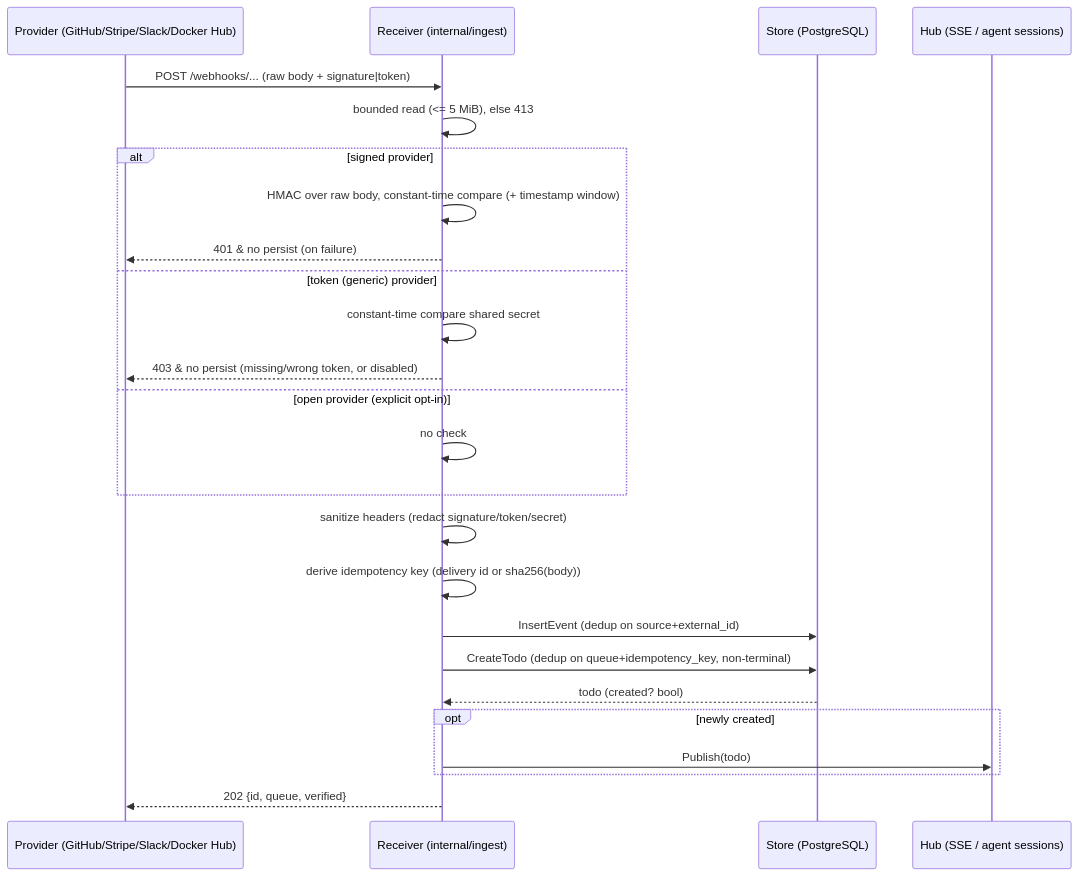
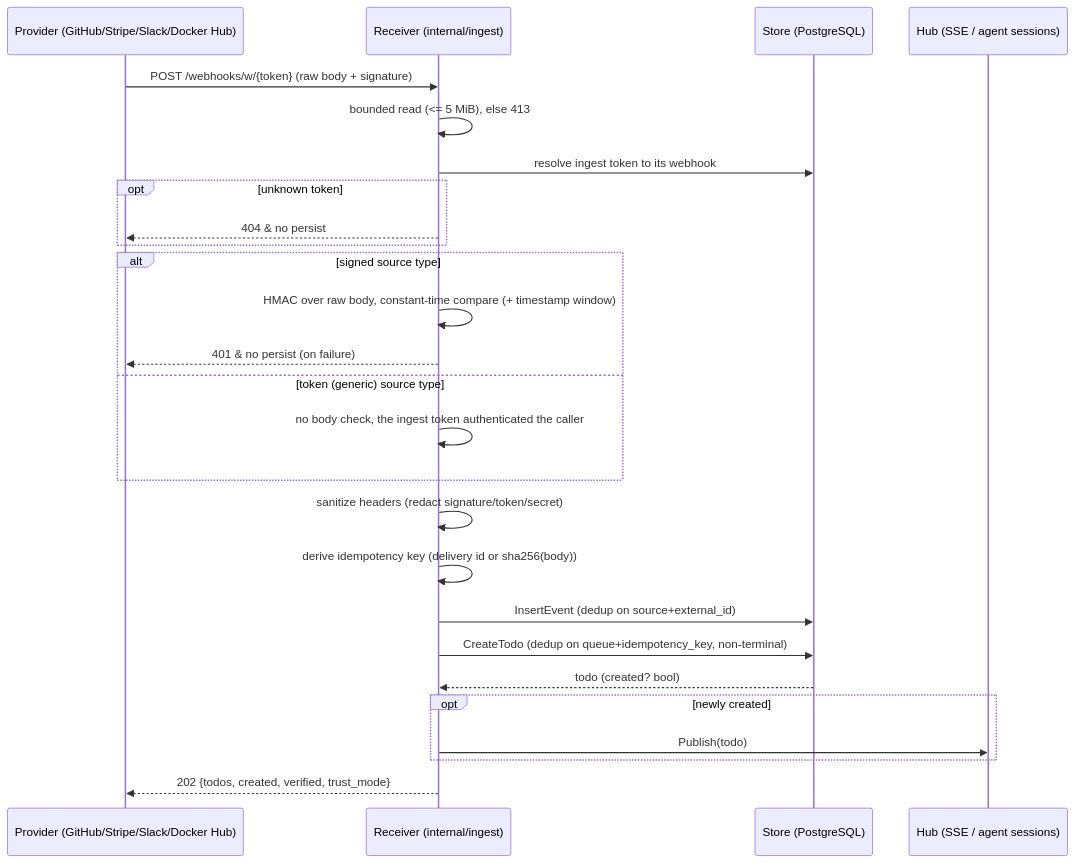
Before and after one commit to stump-wtf/switchboard: the diagram in docs/openspec/specs/webhook-ingestion/design.md, drawn with Mermaid. The commit also changed other lines of this file and 295 other files, not shown here.

Commit message:
sec!: remove the shared receiver infrastructure — self-managed webhooks are the only ingestion surface (#291)

````diff
--- a/docs/openspec/specs/webhook-ingestion/design.md
+++ b/docs/openspec/specs/webhook-ingestion/design.md
@@ -99,28 +102,29 @@
 ```mermaid
 sequenceDiagram
     participant P as Provider (GitHub/Stripe/Slack/Docker Hub)
     participant R as Receiver (internal/ingest)
     participant S as Store (PostgreSQL)
     participant H as Hub (SSE / agent sessions)
 
-    P->>R: POST /webhooks/... (raw body + signature|token)
+    P->>R: POST /webhooks/w/{token} (raw body + signature)
     R->>R: bounded read (<= 5 MiB), else 413
-    alt signed provider
+    R->>S: resolve ingest token to its webhook
+    opt unknown token
+        R-->>P: 404 & no persist
+    end
+    alt signed source type
         R->>R: HMAC over raw body, constant-time compare (+ timestamp window)
         R-->>P: 401 & no persist (on failure)
-    else token (generic) provider
-        R->>R: constant-time compare shared secret
-        R-->>P: 403 & no persist (missing/wrong token, or disabled)
-    else open provider (explicit opt-in)
-        R->>R: no check
+    else token (generic) source type
+        R->>R: no body check, the ingest token authenticated the caller
     end
     R->>R: sanitize headers (redact signature/token/secret)
     R->>R: derive idempotency key (delivery id or sha256(body))
     R->>S: InsertEvent (dedup on source+external_id)
     R->>S: CreateTodo (dedup on queue+idempotency_key, non-terminal)
     S-->>R: todo (created? bool)
     opt newly created
         R->>H: Publish(todo)
     end
-    R-->>P: 202 {id, queue, verified}
+    R-->>P: 202 {todos, created, verified, trust_mode}
 ```
````
